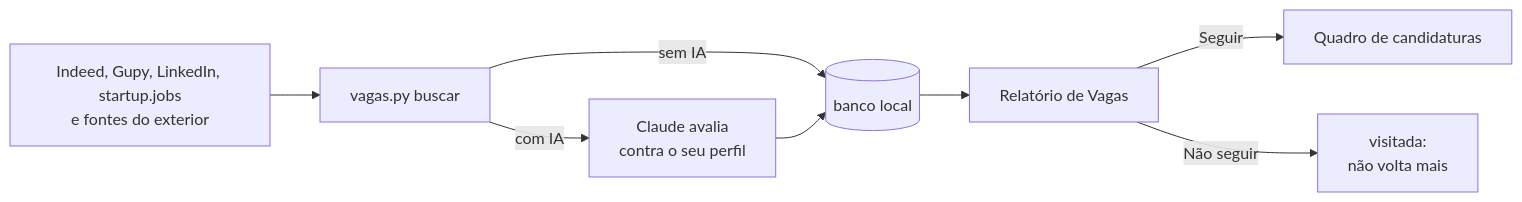
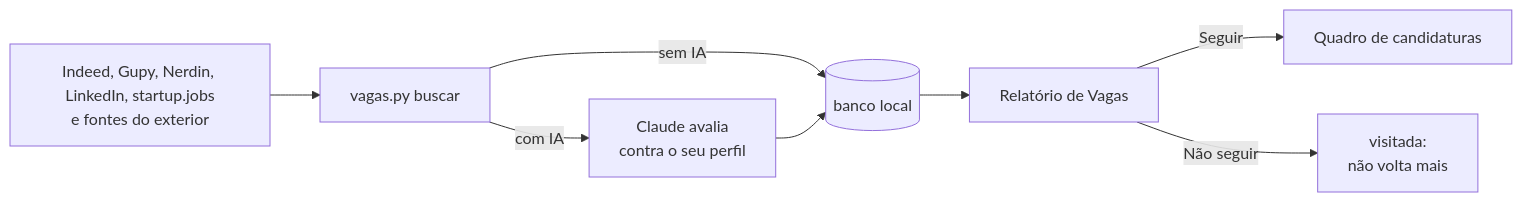
Before and after one commit to SouMarcel/meu-proximo-trampo: the diagram in README.md, drawn with Mermaid. The commit also changed other lines of this file and 25 other files, not shown here.

````diff
--- a/README.md
+++ b/README.md
@@ -94,10 +94,10 @@
 ```mermaid
 flowchart LR
-  A[Indeed, Gupy, LinkedIn, startup.jobs<br/>e fontes do exterior] --> B[vagas.py buscar]
+  A[Indeed, Gupy, Nerdin, LinkedIn, startup.jobs<br/>e fontes do exterior] --> B[vagas.py buscar]
   B -->|sem IA| D[(banco local)]
   B -->|com IA| C[Claude avalia<br/>contra o seu perfil]
   C --> D
   D --> E[Relatório de Vagas]
   E -->|Seguir| F[Quadro de candidaturas]
   E -->|Não seguir| G[visitada:<br/>não volta mais]
 ```
````
